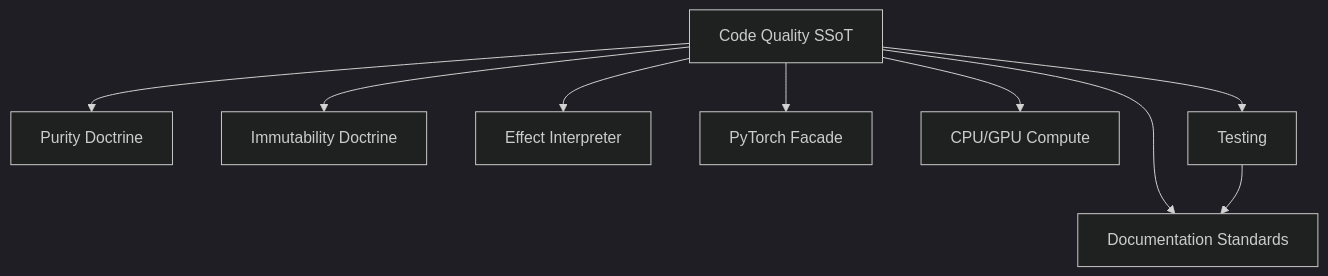
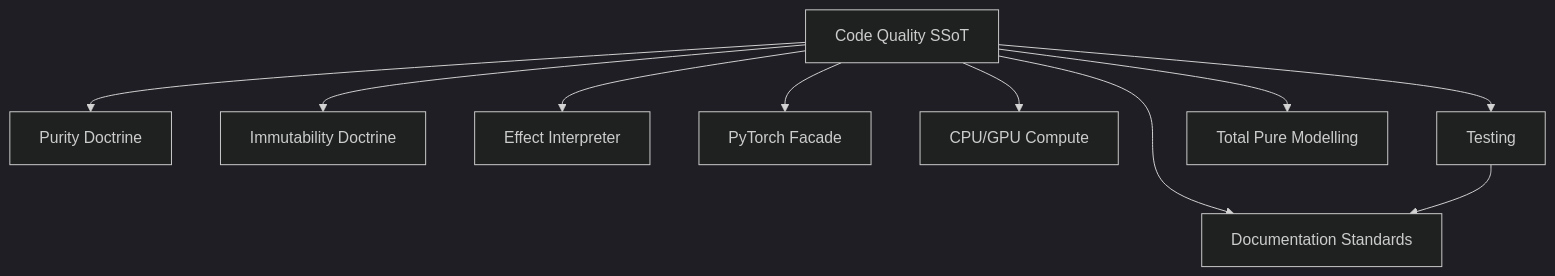
Before and after one commit to Tuee22/SpectralMC: the diagram in documents/engineering/code_quality.md, drawn with Mermaid (dark theme). The commit also changed other lines of this file and 18 other files, not shown here.

````diff
--- a/documents/engineering/code_quality.md
+++ b/documents/engineering/code_quality.md
@@ -12,20 +12,21 @@
 ```mermaid
 flowchart TB
   CQ[Code Quality SSoT]
   Purity[Purity Doctrine]
   Immutability[Immutability Doctrine]
   Interpreter[Effect Interpreter]
   Facade[PyTorch Facade]
   CPUvsGPU[CPU/GPU Compute]
   Testing[Testing]
   Docs[Documentation Standards]
 
   CQ --> Purity
   CQ --> Immutability
   CQ --> Interpreter
   CQ --> Facade
   CQ --> CPUvsGPU
   CQ --> Testing
   CQ --> Docs
+  CQ --> TPM[Total Pure Modelling]
   Testing --> Docs
 ```
````
